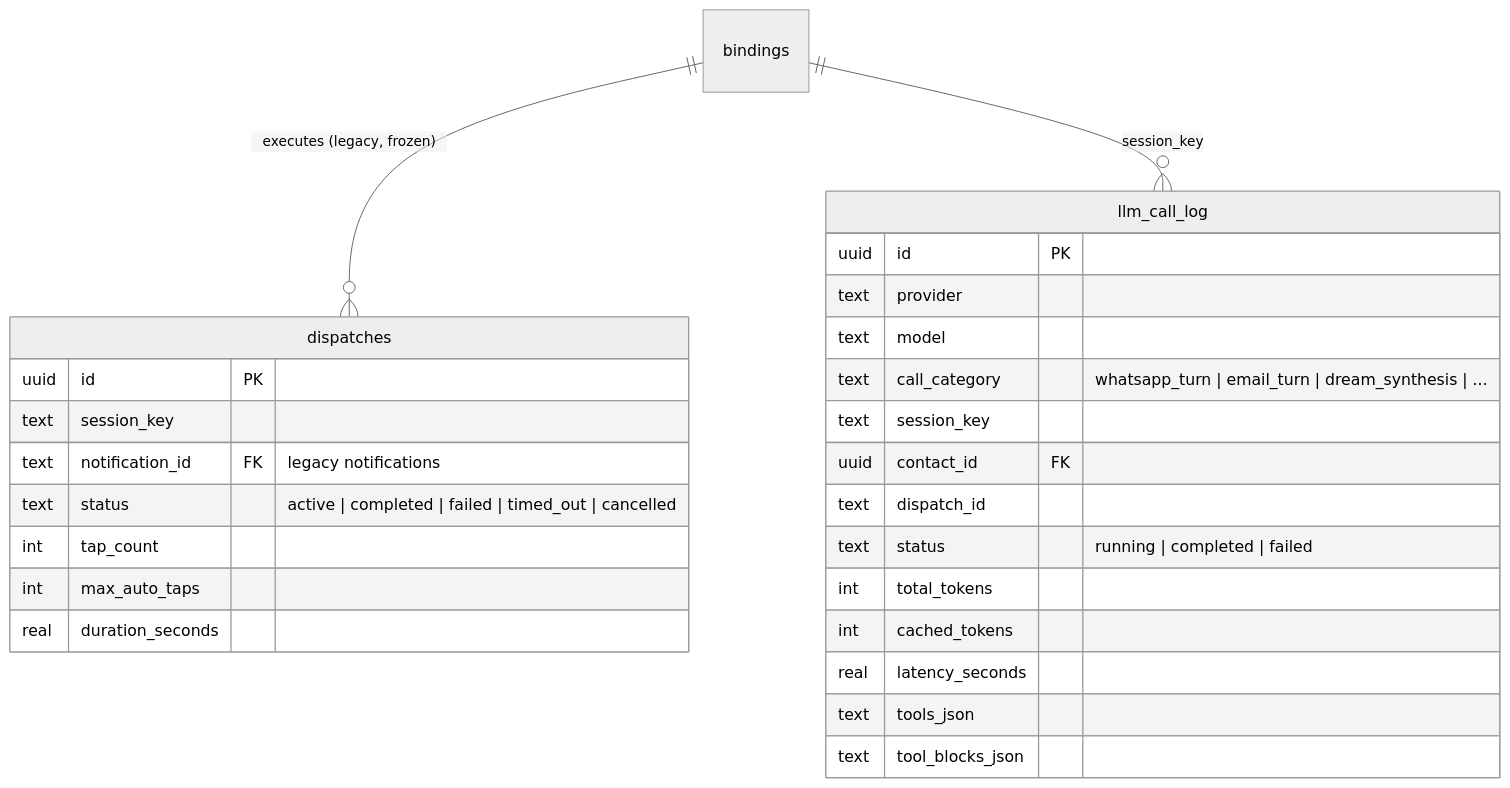
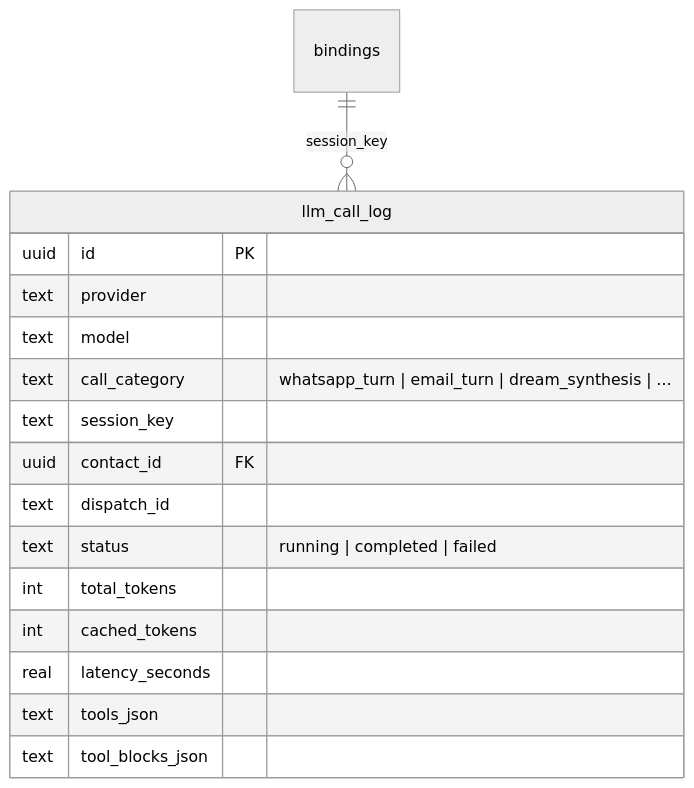
Before and after one commit to mike-crabcat/bob: the fourth of 10 diagrams in docs/datamodel.md, drawn with Mermaid (neutral theme). The commit also changed other lines of this file and 16 other files, not shown here.

````diff
--- a/docs/datamodel.md
+++ b/docs/datamodel.md
@@ -266,30 +258,20 @@
 ```mermaid
 erDiagram
-    bindings ||--o{ dispatches : "executes (legacy, frozen)"
     bindings ||--o{ llm_call_log : "session_key"
 
-    dispatches {
-        uuid id PK
-        text session_key
-        text notification_id FK "legacy notifications"
-        text status "active | completed | failed | timed_out | cancelled"
-        int tap_count
-        int max_auto_taps
-        real duration_seconds
-    }
     llm_call_log {
         uuid id PK
         text provider
         text model
         text call_category "whatsapp_turn | email_turn | dream_synthesis | ..."
         text session_key
         uuid contact_id FK
         text dispatch_id
         text status "running | completed | failed"
         int total_tokens
         int cached_tokens
         real latency_seconds
         text tools_json
         text tool_blocks_json
     }
 ```
````
